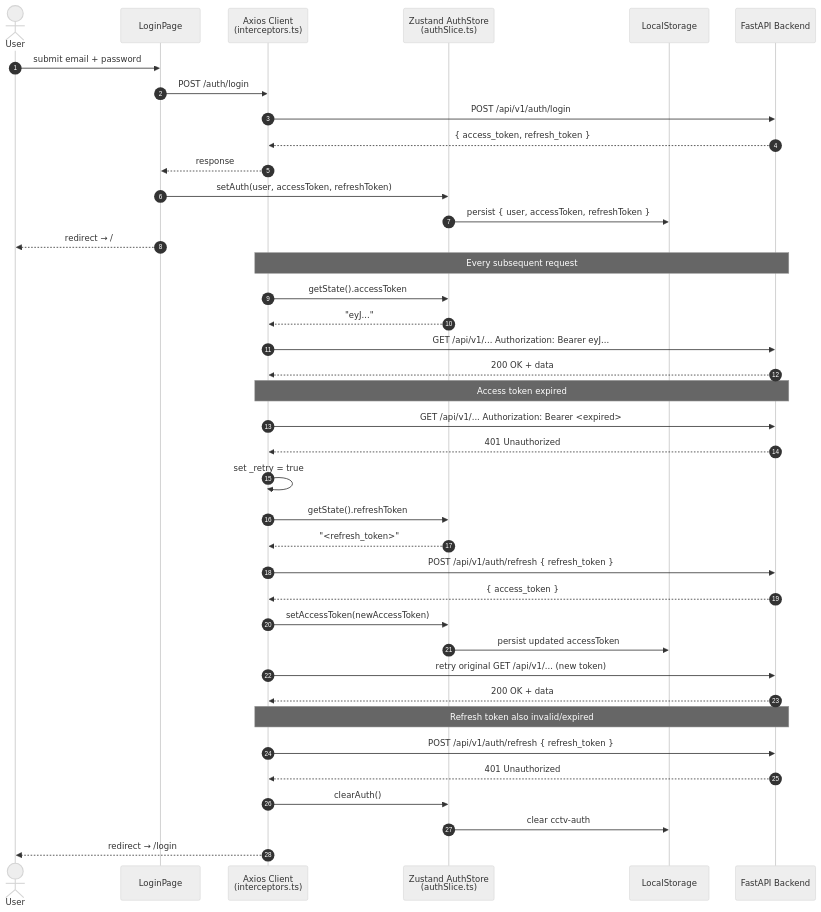
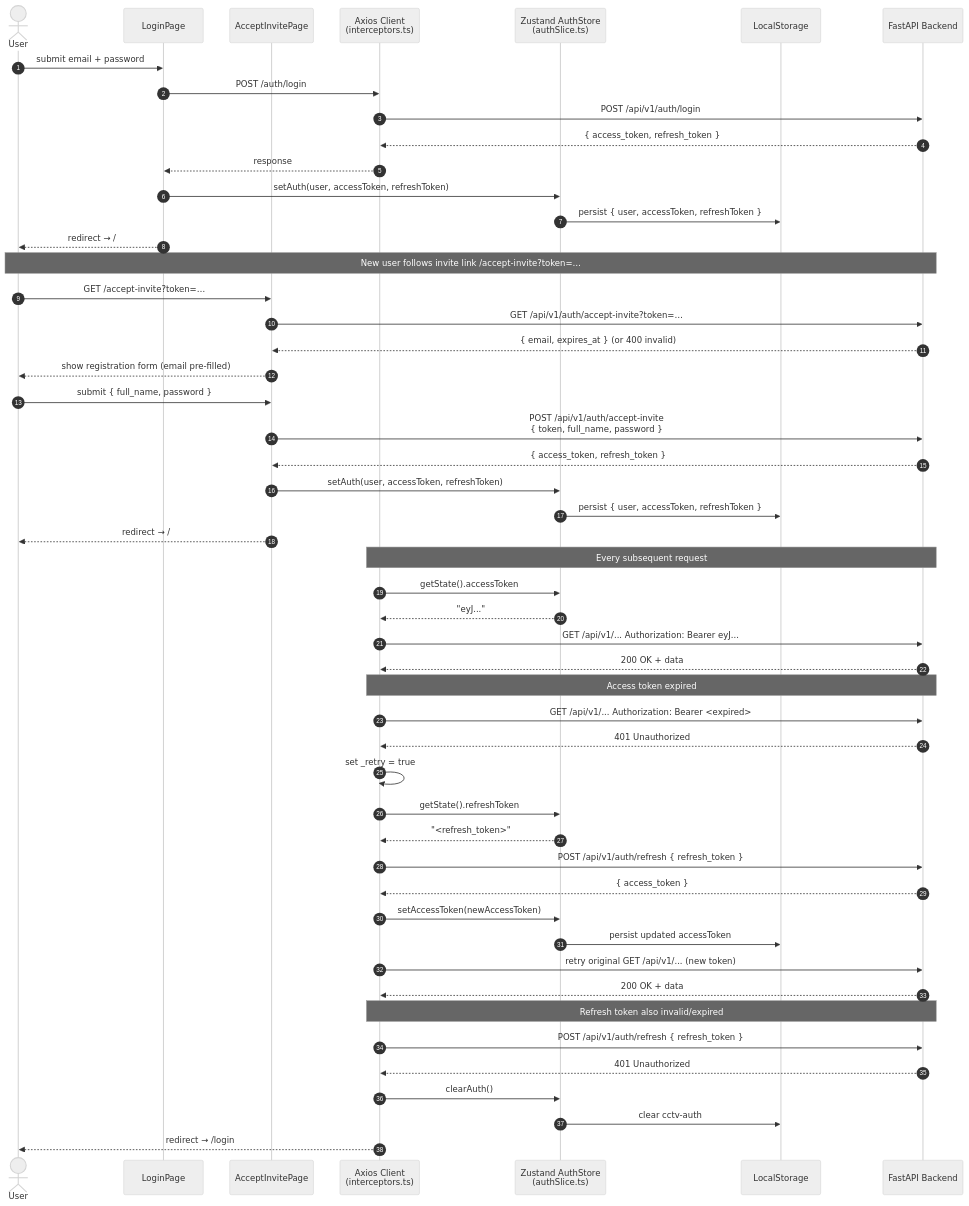
One commit to shamsundar-k/cctv_planner changed the diagram in docs/process-flow/frontend-token-lifecycle.mmd. Above: the diagram before and after it, drawn with Mermaid (neutral theme). The commit also changed 3 other files, not shown here.

Commit message:
docs: update frontend Mermaid diagrams to reflect M1.10 auth implementation

```diff
--- a/docs/process-flow/frontend-token-lifecycle.mmd
+++ b/docs/process-flow/frontend-token-lifecycle.mmd
@@ -1,47 +1,61 @@
 sequenceDiagram
     autonumber
     actor User
     participant LoginPage
+    participant AcceptInvitePage
     participant AxiosClient as Axios Client<br/>(interceptors.ts)
     participant AuthStore as Zustand AuthStore<br/>(authSlice.ts)
     participant LocalStorage
     participant API as FastAPI Backend
 
     %% ── Login ─────────────────────────────────────────────
     User->>LoginPage: submit email + password
     LoginPage->>AxiosClient: POST /auth/login
     AxiosClient->>API: POST /api/v1/auth/login
     API-->>AxiosClient: { access_token, refresh_token }
     AxiosClient-->>LoginPage: response
     LoginPage->>AuthStore: setAuth(user, accessToken, refreshToken)
     AuthStore->>LocalStorage: persist { user, accessToken, refreshToken }
     LoginPage-->>User: redirect → /
+
+    %% ── Accept Invite (two-stage) ─────────────────────────
+    Note over User, API: New user follows invite link /accept-invite?token=…
+    User->>AcceptInvitePage: GET /accept-invite?token=…
+    AcceptInvitePage->>API: GET /api/v1/auth/accept-invite?token=…
+    API-->>AcceptInvitePage: { email, expires_at }  (or 400 invalid)
+    AcceptInvitePage-->>User: show registration form (email pre-filled)
+    User->>AcceptInvitePage: submit { full_name, password }
+    AcceptInvitePage->>API: POST /api/v1/auth/accept-invite<br/>{ token, full_name, password }
+    API-->>AcceptInvitePage: { access_token, refresh_token }
+    AcceptInvitePage->>AuthStore: setAuth(user, accessToken, refreshToken)
+    AuthStore->>LocalStorage: persist { user, accessToken, refreshToken }
+    AcceptInvitePage-->>User: redirect → /
 
     %% ── Authenticated Request ─────────────────────────────
     Note over AxiosClient,API: Every subsequent request
     AxiosClient->>AuthStore: getState().accessToken
     AuthStore-->>AxiosClient: "eyJ..."
     AxiosClient->>API: GET /api/v1/... Authorization: Bearer eyJ...
     API-->>AxiosClient: 200 OK + data
 
     %% ── Silent Token Refresh (401) ─────────────────────────
     Note over AxiosClient,API: Access token expired
     AxiosClient->>API: GET /api/v1/... Authorization: Bearer <expired>
     API-->>AxiosClient: 401 Unauthorized
     AxiosClient->>AxiosClient: set _retry = true
     AxiosClient->>AuthStore: getState().refreshToken
     AuthStore-->>AxiosClient: "<refresh_token>"
     AxiosClient->>API: POST /api/v1/auth/refresh { refresh_token }
     API-->>AxiosClient: { access_token }
     AxiosClient->>AuthStore: setAccessToken(newAccessToken)
     AuthStore->>LocalStorage: persist updated accessToken
     AxiosClient->>API: retry original GET /api/v1/... (new token)
     API-->>AxiosClient: 200 OK + data
 
     %% ── Refresh Failure ────────────────────────────────────
     Note over AxiosClient,API: Refresh token also invalid/expired
     AxiosClient->>API: POST /api/v1/auth/refresh { refresh_token }
     API-->>AxiosClient: 401 Unauthorized
     AxiosClient->>AuthStore: clearAuth()
     AuthStore->>LocalStorage: clear cctv-auth
     AxiosClient-->>User: redirect → /login
```
